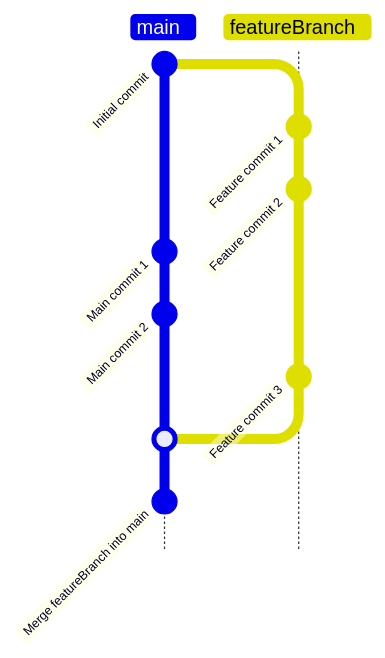
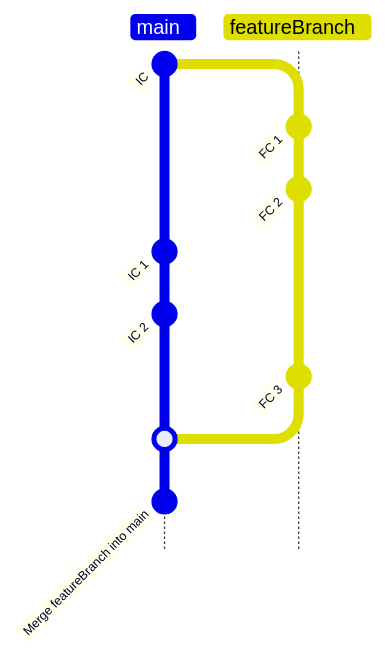
Before and after one commit to ohmvaghela/Learn: the first of 3 diagrams in git/readme.md, drawn with Mermaid. The commit also changed other lines of this file, not shown here.

````diff
--- a/git/readme.md
+++ b/git/readme.md
@@ -116,16 +146,16 @@
 ```mermaid
 %%{init: { 'logLevel': 'debug', 'theme': 'default' } }%%
 gitGraph TB:
-    commit id: "Initial commit"
+    commit id: "IC"
     branch featureBranch
-    commit id: "Feature commit 1"
-    commit id: "Feature commit 2"
+    commit id: "FC 1"
+    commit id: "FC 2"
     checkout main
-    commit id: "Main commit 1"
-    commit id: "Main commit 2"
+    commit id: "IC 1"
+    commit id: "IC 2"
     checkout featureBranch
-    commit id: "Feature commit 3"
+    commit id: "FC 3"
     checkout main
     merge featureBranch
     commit id: "Merge featureBranch into main"
 ```
````
